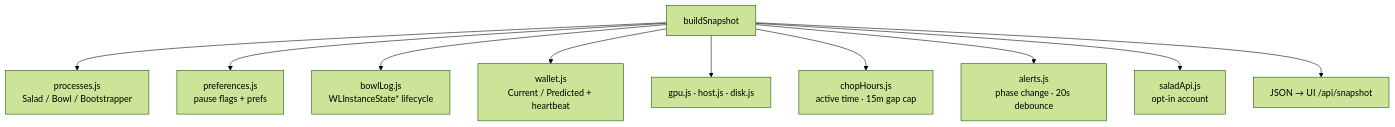
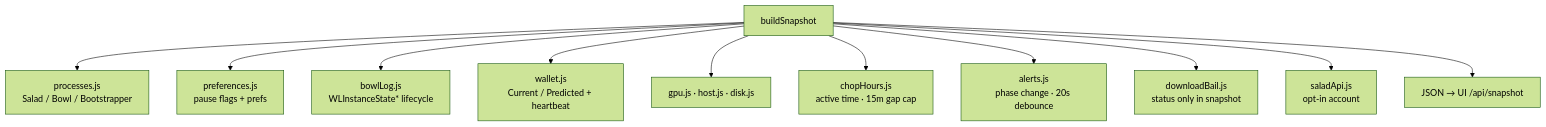
Before and after one commit to ejw427/ChopWatch: the third of 10 diagrams in docs/ARCHITECTURE.md, drawn with Mermaid (forest theme). The commit also changed other lines of this file and 25 other files, not shown here.

````diff
--- a/docs/ARCHITECTURE.md
+++ b/docs/ARCHITECTURE.md
@@ -97,12 +97,13 @@
 ```mermaid
 flowchart TD
   A[buildSnapshot] --> B[processes.js<br/>Salad / Bowl / Bootstrapper]
   A --> C[preferences.js<br/>pause flags + prefs]
   A --> D[bowlLog.js<br/>WLInstanceState* lifecycle]
   A --> E[wallet.js<br/>Current / Predicted + heartbeat]
   A --> F[gpu.js · host.js · disk.js]
   A --> G[chopHours.js<br/>active time · 15m gap cap]
   A --> H[alerts.js<br/>phase change · 20s debounce]
+  A --> Bail[downloadBail.js<br/>status only in snapshot]
   A --> I[saladApi.js<br/>opt-in account]
   A --> J[JSON → UI /api/snapshot]
 ```
````
